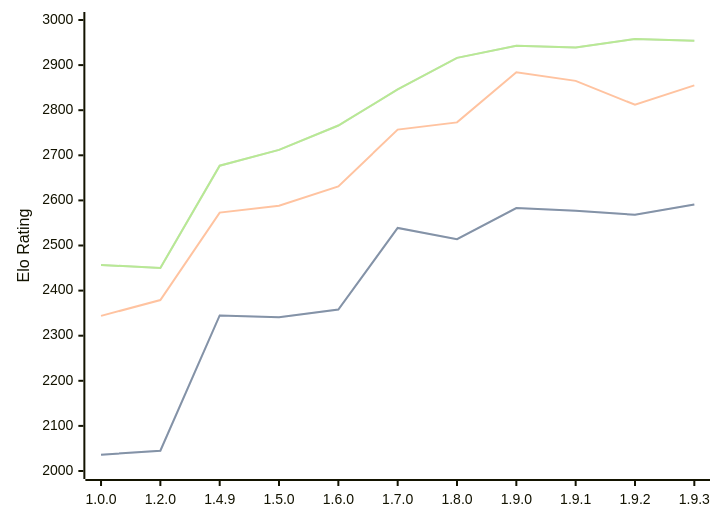
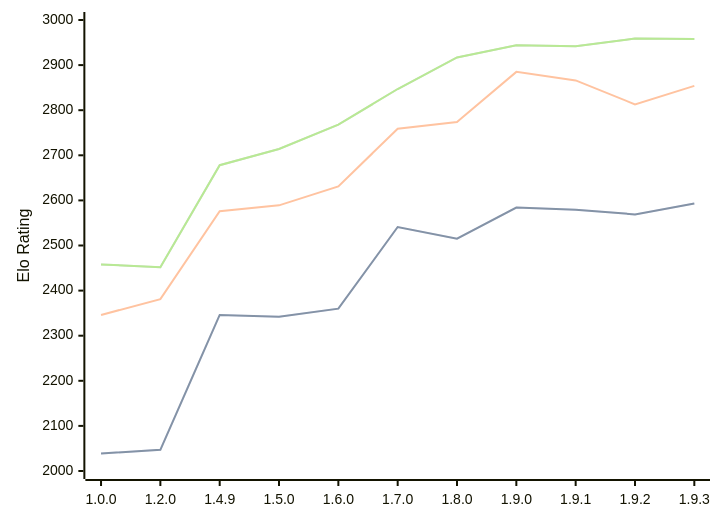
One commit to computer-chess-index/cci changed the diagram in engines/Basilisk.md. Above: the diagram before and after it, drawn with Mermaid. The commit also changed other lines of this file, not shown here.

Commit message:
Update CCI Ratings (ELO VLTC) - 2026-08-22

````diff
--- a/engines/Basilisk.md
+++ b/engines/Basilisk.md
@@ -54,11 +54,11 @@
 ```mermaid
 %%{init: {"theme":"base","themeVariables":{"seriesColors:['#a3a3a3','#222221','#faa371']}}}%%
 xychart-beta
   x-axis ["1.0.0", "1.2.0", "1.4.9", "1.5.0", "1.6.0", "1.7.0", "1.8.0", "1.9.0", "1.9.1", "1.9.2", "1.9.3"]
   y-axis "Elo Rating" 2000 --> 3000
-  line "STC (8.0+0.08s)" [2036, 2045, 2345, 2341, 2358, 2539, 2514, 2583, 2577, 2568, 2591]
-  line "STC (8.0+0.08s)" [2036, 2045, 2345, 2341, 2358, 2539, 2514, 2583, 2577, 2568, 2591]
-  line "LTC (60.0+0.60s)" [2344, 2379, 2573, 2588, 2631, 2757, 2773, 2884, 2865, 2812, 2855]
-  line "VLTC (2m24s+1.12s)" [2457, 2450, 2677, 2712, 2766, 2846, 2916, 2943, 2939, 2958, 2954]
-  line "VLTC (2m24s+1.12s)" [2457, 2450, 2677, 2712, 2766, 2846, 2916, 2943, 2939, 2958, 2954]
+  line "STC (8.0+0.08s)" [2039, 2047, 2346, 2342, 2360, 2541, 2515, 2584, 2579, 2569, 2593]
+  line "STC (8.0+0.08s)" [2039, 2047, 2346, 2342, 2360, 2541, 2515, 2584, 2579, 2569, 2593]
+  line "LTC (60.0+0.60s)" [2346, 2381, 2576, 2589, 2631, 2759, 2774, 2885, 2866, 2813, 2854]
+  line "VLTC (2m24s+1.12s)" [2458, 2452, 2678, 2714, 2768, 2847, 2917, 2944, 2942, 2959, 2958]
+  line "VLTC (2m24s+1.12s)" [2458, 2452, 2678, 2714, 2768, 2847, 2917, 2944, 2942, 2959, 2958]
 ```
````
